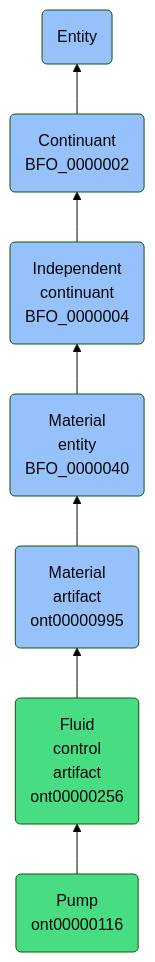
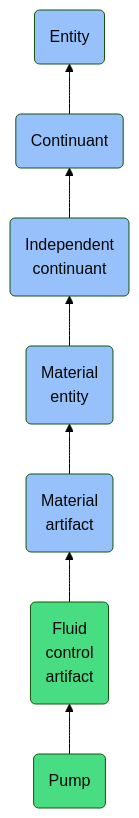
Before and after one commit to jupyter-naas/abi: the diagram in docs/ontology/reference/model/Entity/Continuant/Independent continuant/Material entity/Material artifact/Fluid control artifact/Pump/Pump.md, drawn with Mermaid (forest theme). The commit also changed other lines of this file and 1430 other files, not shown here.

````diff
--- a/docs/ontology/reference/model/Entity/Continuant/Independent continuant/Material entity/Material artifact/Fluid control artifact/Pump/Pump.md
+++ b/docs/ontology/reference/model/Entity/Continuant/Independent continuant/Material entity/Material artifact/Fluid control artifact/Pump/Pump.md
@@ -24,14 +24,14 @@
 ```mermaid
 graph BT
-    ont00000116(Pump<br>ont00000116):::ABI-->ont00000256
-    ont00000256(Fluid<br>control<br>artifact<br>ont00000256):::ABI-->ont00000995
-    ont00000995(Material<br>artifact<br>ont00000995):::BFO-->BFO_0000040
-    BFO_0000040(Material<br>entity<br>BFO_0000040):::BFO-->BFO_0000004
-    BFO_0000004(Independent<br>continuant<br>BFO_0000004):::BFO-->BFO_0000002
-    BFO_0000002(Continuant<br>BFO_0000002):::BFO-->BFO_0000001
+    ont00000116(Pump):::ABI-->ont00000256
+    ont00000256(Fluid<br>control<br>artifact):::ABI-->ont00000995
+    ont00000995(Material<br>artifact):::BFO-->BFO_0000040
+    BFO_0000040(Material<br>entity):::BFO-->BFO_0000004
+    BFO_0000004(Independent<br>continuant):::BFO-->BFO_0000002
+    BFO_0000002(Continuant):::BFO-->BFO_0000001
     BFO_0000001(Entity):::BFO
     
     classDef BFO fill:#97c1fb,color:#060606
     classDef CCO fill:#e4c51e,color:#060606
     classDef ABI fill:#48DD82,color:#060606
 ```
````
